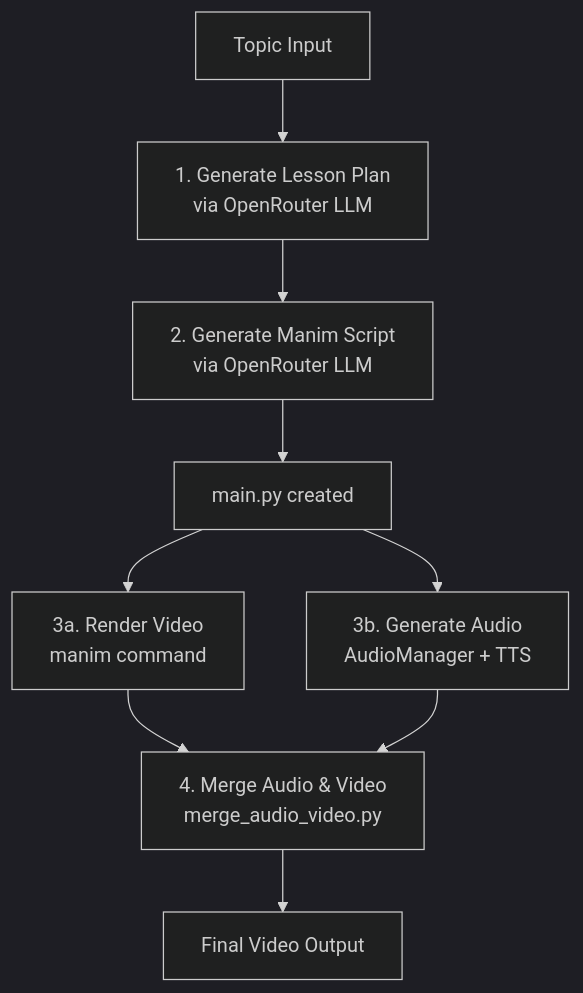
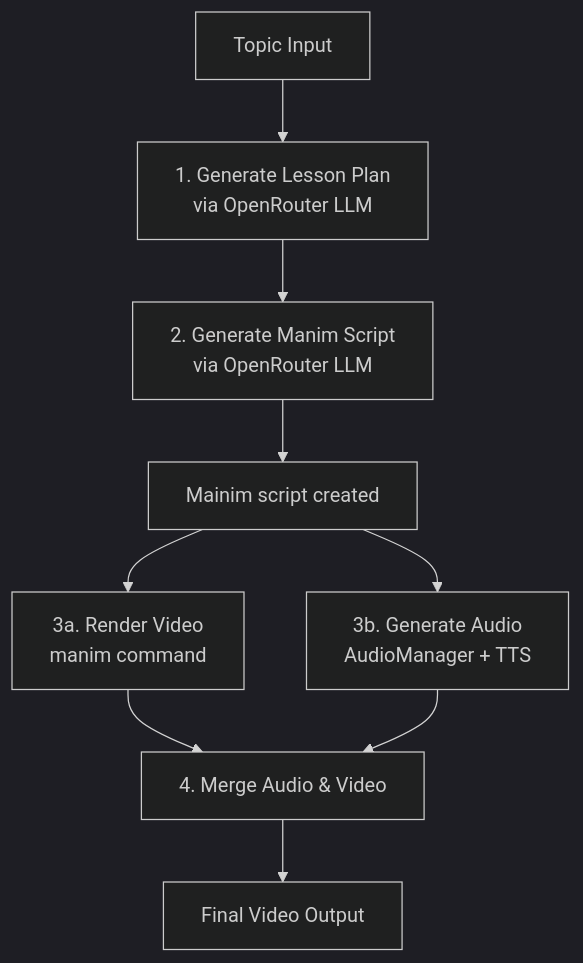
One commit to pizzaburgare/grasp changed the diagram in README.md. Above: the diagram before and after it, drawn with Mermaid (dark theme). The commit also changed 4 other files, not shown here.

````diff
--- a/README.md
+++ b/README.md
@@ -89,11 +89,11 @@
 ```mermaid
 flowchart TD
     A[Topic Input] --> B[1. Generate Lesson Plan<br>via OpenRouter LLM]
     B --> C[2. Generate Manim Script<br>via OpenRouter LLM]
-    C --> D[main.py created]
+    C --> D[Mainim script created]
     D --> E[3a. Render Video<br>manim command]
     D --> F[3b. Generate Audio<br>AudioManager + TTS]
-    E --> G[4. Merge Audio & Video<br>merge_audio_video.py]
+    E --> G[4. Merge Audio & Video]
     F --> G
     G --> H[Final Video Output]
 ```
````
